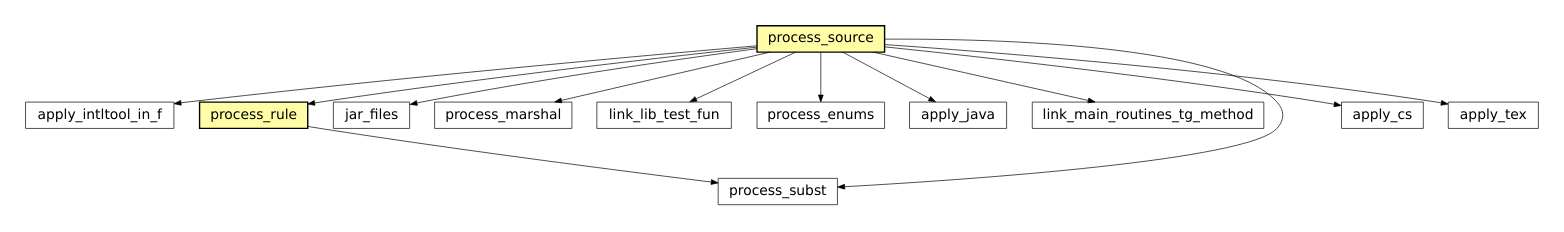
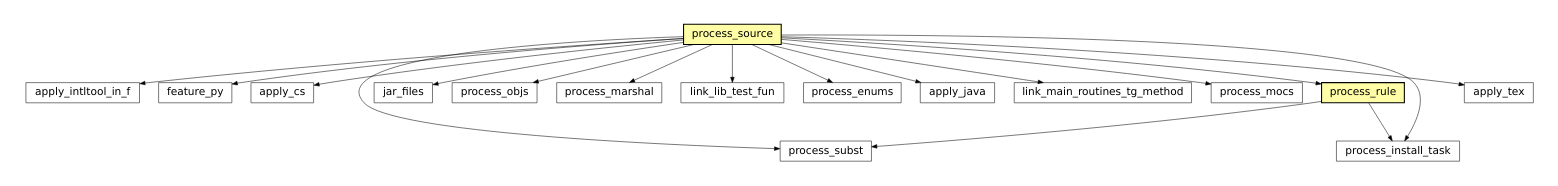
One commit to electronicvisions/waf changed the first of 45 diagrams in docs/sphinx/featuremap.rst. Above: the diagram before and after it, drawn with Graphviz. The commit also changed other lines of this file and 3 other files, not shown here.

```diff
--- a/docs/sphinx/featuremap.rst
+++ b/docs/sphinx/featuremap.rst
@@ -10,29 +10,38 @@
 .. graphviz::
 
 	digraph feature_all {
-	size="8.0, 12.0";
-		"apply_intltool_in_f" [style="setlinewidth(0.5)",URL="tools/intltool.html#waflib.Tools.intltool.apply_intltool_in_f",fontname="Vera Sans, DejaVu Sans, Liberation Sans, Arial, Helvetica, sans",height=0.25,shape=box,fontsize=10];
-	"process_source" [style="setlinewidth(0.5)",URL="TaskGen.html#waflib.TaskGen.process_source",fontname="Vera Sans, DejaVu Sans, Liberation Sans, Arial, Helvetica, sans",height=0.25,shape=box,fontsize=10,fillcolor="#fffea6",style=filled];
-	"process_rule" [style="setlinewidth(0.5)",URL="TaskGen.html#waflib.TaskGen.process_rule",fontname="Vera Sans, DejaVu Sans, Liberation Sans, Arial, Helvetica, sans",height=0.25,shape=box,fontsize=10,fillcolor="#fffea6",style=filled];
-	"jar_files" [style="setlinewidth(0.5)",URL="tools/javaw.html#waflib.Tools.javaw.jar_files",fontname="Vera Sans, DejaVu Sans, Liberation Sans, Arial, Helvetica, sans",height=0.25,shape=box,fontsize=10];
-	"process_marshal" [style="setlinewidth(0.5)",URL="tools/glib2.html#waflib.Tools.glib2.process_marshal",fontname="Vera Sans, DejaVu Sans, Liberation Sans, Arial, Helvetica, sans",height=0.25,shape=box,fontsize=10];
-	"link_lib_test_fun" [style="setlinewidth(0.5)",URL="tools/c_tests.html#waflib.Tools.c_tests.link_lib_test_fun",fontname="Vera Sans, DejaVu Sans, Liberation Sans, Arial, Helvetica, sans",height=0.25,shape=box,fontsize=10];
-	"process_enums" [style="setlinewidth(0.5)",URL="tools/glib2.html#waflib.Tools.glib2.process_enums",fontname="Vera Sans, DejaVu Sans, Liberation Sans, Arial, Helvetica, sans",height=0.25,shape=box,fontsize=10];
-	"apply_java" [style="setlinewidth(0.5)",URL="tools/javaw.html#waflib.Tools.javaw.apply_java",fontname="Vera Sans, DejaVu Sans, Liberation Sans, Arial, Helvetica, sans",height=0.25,shape=box,fontsize=10];
-	"link_main_routines_tg_method" [style="setlinewidth(0.5)",URL="tools/fc_config.html#waflib.Tools.fc_config.link_main_routines_tg_method",fontname="Vera Sans, DejaVu Sans, Liberation Sans, Arial, Helvetica, sans",height=0.25,shape=box,fontsize=10];
-	"process_subst" [style="setlinewidth(0.5)",URL="TaskGen.html#waflib.TaskGen.process_subst",fontname="Vera Sans, DejaVu Sans, Liberation Sans, Arial, Helvetica, sans",height=0.25,shape=box,fontsize=10];
-	"apply_cs" [style="setlinewidth(0.5)",URL="tools/cs.html#waflib.Tools.cs.apply_cs",fontname="Vera Sans, DejaVu Sans, Liberation Sans, Arial, Helvetica, sans",height=0.25,shape=box,fontsize=10];
-	"apply_tex" [style="setlinewidth(0.5)",URL="tools/tex.html#waflib.Tools.tex.apply_tex",fontname="Vera Sans, DejaVu Sans, Liberation Sans, Arial, Helvetica, sans",height=0.25,shape=box,fontsize=10];
-	"process_rule" -> "process_subst" [arrowsize=0.5,style="setlinewidth(0.5)"];
-	"process_source" -> "process_rule" [arrowsize=0.5,style="setlinewidth(0.5)"];
-	"process_source" -> "process_subst" [arrowsize=0.5,style="setlinewidth(0.5)"];
-	"process_source" -> "link_lib_test_fun" [arrowsize=0.5,style="setlinewidth(0.5)"];
-	"process_source" -> "link_main_routines_tg_method" [arrowsize=0.5,style="setlinewidth(0.5)"];
-	"process_source" -> "apply_tex" [arrowsize=0.5,style="setlinewidth(0.5)"];
-	"process_source" -> "apply_java" [arrowsize=0.5,style="setlinewidth(0.5)"];
-	"process_source" -> "jar_files" [arrowsize=0.5,style="setlinewidth(0.5)"];
-	"process_source" -> "process_marshal" [arrowsize=0.5,style="setlinewidth(0.5)"];
-	"process_source" -> "process_enums" [arrowsize=0.5,style="setlinewidth(0.5)"];
-	"process_source" -> "apply_cs" [arrowsize=0.5,style="setlinewidth(0.5)"];
-	"process_source" -> "apply_intltool_in_f" [arrowsize=0.5,style="setlinewidth(0.5)"];
+		size="8.0, 12.0";
+		apply_intltool_in_f [style="setlinewidth(0.5)",URL="tools/intltool.html#waflib.Tools.intltool.apply_intltool_in_f",target="_top",fontname="Vera Sans, DejaVu Sans, Liberation Sans, Arial, Helvetica, sans",height=0.25,shape="rectangle",fontsize=10];
+		feature_py [style="setlinewidth(0.5)",URL="tools/python.html#waflib.Tools.python.feature_py",target="_top",fontname="Vera Sans, DejaVu Sans, Liberation Sans, Arial, Helvetica, sans",height=0.25,shape="rectangle",fontsize=10];
+		apply_cs [style="setlinewidth(0.5)",URL="tools/cs.html#waflib.Tools.cs.apply_cs",target="_top",fontname="Vera Sans, DejaVu Sans, Liberation Sans, Arial, Helvetica, sans",height=0.25,shape="rectangle",fontsize=10];
+		process_source [style="setlinewidth(0.5)",URL="TaskGen.html#waflib.TaskGen.process_source",target="_top",fontname="Vera Sans, DejaVu Sans, Liberation Sans, Arial, Helvetica, sans",height=0.25,shape="rectangle",fontsize=10,fillcolor="#fffea6",style=filled];
+		process_rule [style="setlinewidth(0.5)",URL="TaskGen.html#waflib.TaskGen.process_rule",target="_top",fontname="Vera Sans, DejaVu Sans, Liberation Sans, Arial, Helvetica, sans",height=0.25,shape="rectangle",fontsize=10,fillcolor="#fffea6",style=filled];
+		jar_files [style="setlinewidth(0.5)",URL="tools/javaw.html#waflib.Tools.javaw.jar_files",target="_top",fontname="Vera Sans, DejaVu Sans, Liberation Sans, Arial, Helvetica, sans",height=0.25,shape="rectangle",fontsize=10];
+		process_objs [style="setlinewidth(0.5)",URL="tools/ccroot.html#waflib.Tools.ccroot.process_objs",target="_top",fontname="Vera Sans, DejaVu Sans, Liberation Sans, Arial, Helvetica, sans",height=0.25,shape="rectangle",fontsize=10];
+		process_marshal [style="setlinewidth(0.5)",URL="tools/glib2.html#waflib.Tools.glib2.process_marshal",target="_top",fontname="Vera Sans, DejaVu Sans, Liberation Sans, Arial, Helvetica, sans",height=0.25,shape="rectangle",fontsize=10];
+		link_lib_test_fun [style="setlinewidth(0.5)",URL="tools/c_tests.html#waflib.Tools.c_tests.link_lib_test_fun",target="_top",fontname="Vera Sans, DejaVu Sans, Liberation Sans, Arial, Helvetica, sans",height=0.25,shape="rectangle",fontsize=10];
+		process_enums [style="setlinewidth(0.5)",URL="tools/glib2.html#waflib.Tools.glib2.process_enums",target="_top",fontname="Vera Sans, DejaVu Sans, Liberation Sans, Arial, Helvetica, sans",height=0.25,shape="rectangle",fontsize=10];
+		apply_java [style="setlinewidth(0.5)",URL="tools/javaw.html#waflib.Tools.javaw.apply_java",target="_top",fontname="Vera Sans, DejaVu Sans, Liberation Sans, Arial, Helvetica, sans",height=0.25,shape="rectangle",fontsize=10];
+		link_main_routines_tg_method [style="setlinewidth(0.5)",URL="tools/fc_config.html#waflib.Tools.fc_config.link_main_routines_tg_method",target="_top",fontname="Vera Sans, DejaVu Sans, Liberation Sans, Arial, Helvetica, sans",height=0.25,shape="rectangle",fontsize=10];
+		process_mocs [style="setlinewidth(0.5)",URL="tools/qt5.html#waflib.Tools.qt5.process_mocs",target="_top",fontname="Vera Sans, DejaVu Sans, Liberation Sans, Arial, Helvetica, sans",height=0.25,shape="rectangle",fontsize=10];
+		process_subst [style="setlinewidth(0.5)",URL="TaskGen.html#waflib.TaskGen.process_subst",target="_top",fontname="Vera Sans, DejaVu Sans, Liberation Sans, Arial, Helvetica, sans",height=0.25,shape="rectangle",fontsize=10];
+		process_install_task [style="setlinewidth(0.5)",URL="Build.html#waflib.Build.process_install_task",target="_top",fontname="Vera Sans, DejaVu Sans, Liberation Sans, Arial, Helvetica, sans",height=0.25,shape="rectangle",fontsize=10];
+		apply_tex [style="setlinewidth(0.5)",URL="tools/tex.html#waflib.Tools.tex.apply_tex",target="_top",fontname="Vera Sans, DejaVu Sans, Liberation Sans, Arial, Helvetica, sans",height=0.25,shape="rectangle",fontsize=10];
+		"process_rule" -> "process_subst" [arrowsize=0.5,style="setlinewidth(0.5)"];
+		"process_rule" -> "process_install_task" [arrowsize=0.5,style="setlinewidth(0.5)"];
+		"process_source" -> "process_rule" [arrowsize=0.5,style="setlinewidth(0.5)"];
+		"process_source" -> "process_subst" [arrowsize=0.5,style="setlinewidth(0.5)"];
+		"process_source" -> "process_install_task" [arrowsize=0.5,style="setlinewidth(0.5)"];
+		"process_source" -> "link_lib_test_fun" [arrowsize=0.5,style="setlinewidth(0.5)"];
+		"process_source" -> "process_objs" [arrowsize=0.5,style="setlinewidth(0.5)"];
+		"process_source" -> "link_main_routines_tg_method" [arrowsize=0.5,style="setlinewidth(0.5)"];
+		"process_source" -> "apply_tex" [arrowsize=0.5,style="setlinewidth(0.5)"];
+		"process_source" -> "apply_java" [arrowsize=0.5,style="setlinewidth(0.5)"];
+		"process_source" -> "jar_files" [arrowsize=0.5,style="setlinewidth(0.5)"];
+		"process_source" -> "process_marshal" [arrowsize=0.5,style="setlinewidth(0.5)"];
+		"process_source" -> "process_enums" [arrowsize=0.5,style="setlinewidth(0.5)"];
+		"process_source" -> "process_mocs" [arrowsize=0.5,style="setlinewidth(0.5)"];
+		"process_source" -> "feature_py" [arrowsize=0.5,style="setlinewidth(0.5)"];
+		"process_source" -> "apply_intltool_in_f" [arrowsize=0.5,style="setlinewidth(0.5)"];
+		"process_source" -> "apply_cs" [arrowsize=0.5,style="setlinewidth(0.5)"];
 	}
```
